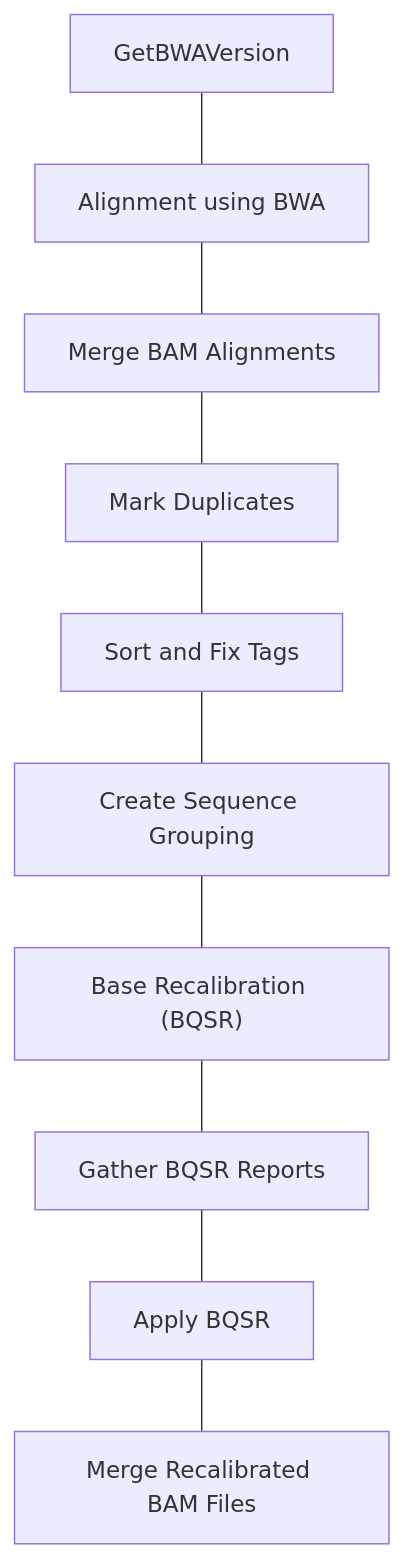
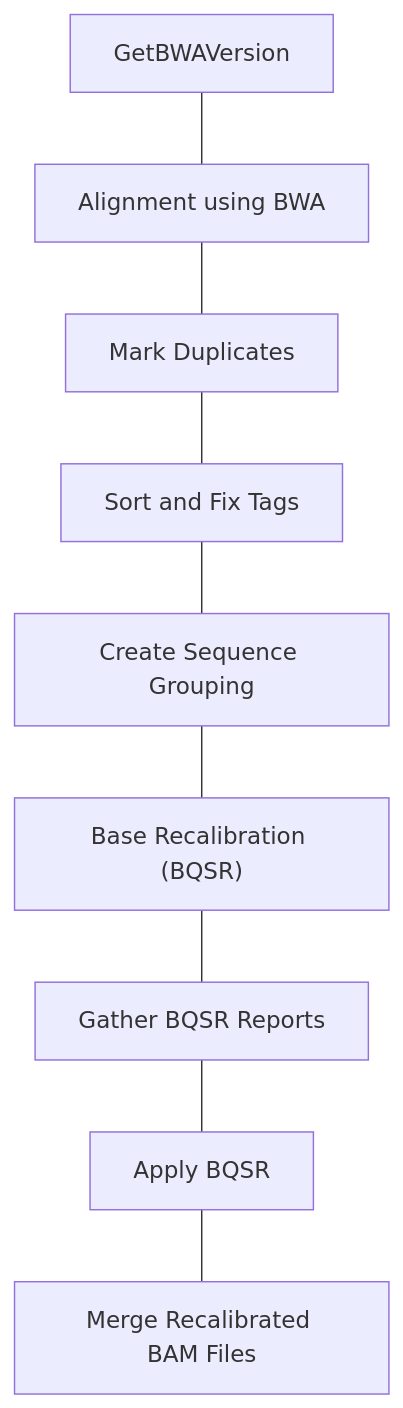
The first of 3 diagrams in 10_Intermediate_Bioinformatics/10.1_Introduction_to_Next_Generation_Sequencing/10.1.1_Basic_Exome_Capture_Pipeline/10.1.1_Basic_GATK_WES_Pipeline.md (lottpaul/GettingStartedBioinformatics), drawn with Mermaid before and after one commit. The commit also changed other lines of this file, not shown here.

````diff
--- a/10_Intermediate_Bioinformatics/10.1_Introduction_to_Next_Generation_Sequencing/10.1.1_Basic_Exome_Capture_Pipeline/10.1.1_Basic_GATK_WES_Pipeline.md
+++ b/10_Intermediate_Bioinformatics/10.1_Introduction_to_Next_Generation_Sequencing/10.1.1_Basic_Exome_Capture_Pipeline/10.1.1_Basic_GATK_WES_Pipeline.md
@@ -13,13 +13,12 @@
 ```mermaid
 flowchart TD
     A[GetBWAVersion]---B[Alignment using BWA]
-    B---C["Merge BAM Alignments"]
-    C---D["Mark Duplicates"]
+    B---D["Mark Duplicates"]
     D---E["Sort and Fix Tags"]
     E---F["Create Sequence Grouping"]
     F---G["Base Recalibration (BQSR)"]
     G---H["Gather BQSR Reports"]
     H---I["Apply BQSR"]
     I---J["Merge Recalibrated BAM Files"]
     
 ```
````
